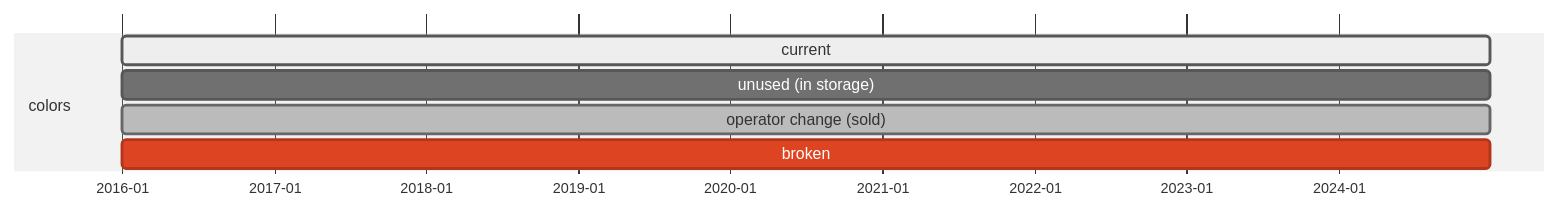
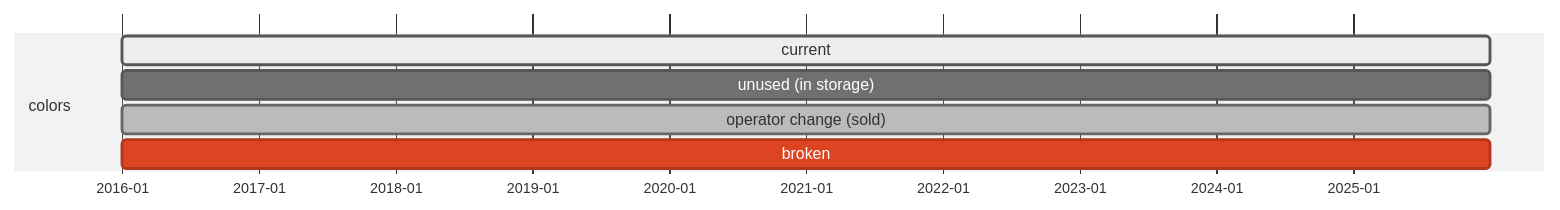
Before and after one commit to bill-of-materials/data: the first of 2 diagrams in ARTIFACTS/RTF-0001/README.md, drawn with Mermaid (neutral theme). The commit also changed other lines of this file and 4 other files, not shown here.

````diff
--- a/ARTIFACTS/RTF-0001/README.md
+++ b/ARTIFACTS/RTF-0001/README.md
@@ -118,13 +118,13 @@
 ```mermaid
 gantt
   todayMarker off
 
   dateFormat    YYYY-MM-DD
   axisFormat    %Y-%m
 
   section colors
-  current                            :active,    2016-01-01, 2024-12-31
-  unused (in storage)                : ,         2016-01-01, 2024-12-31
-  operator change (sold)             :done,      2016-01-01, 2024-12-31
-  broken                             :crit,      2016-01-01, 2024-12-31
+  current                            :active,    2016-01-01, 2025-12-31
+  unused (in storage)                : ,         2016-01-01, 2025-12-31
+  operator change (sold)             :done,      2016-01-01, 2025-12-31
+  broken                             :crit,      2016-01-01, 2025-12-31
 ```
````
